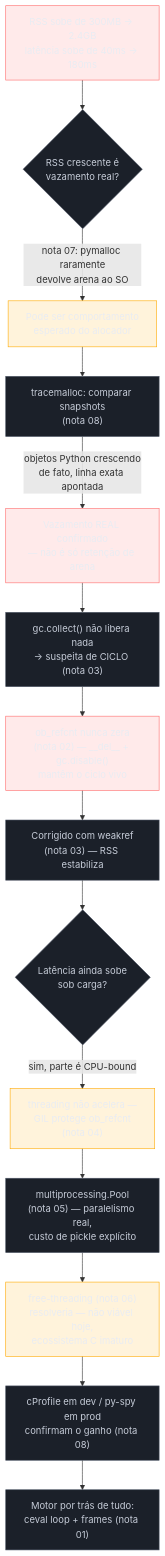
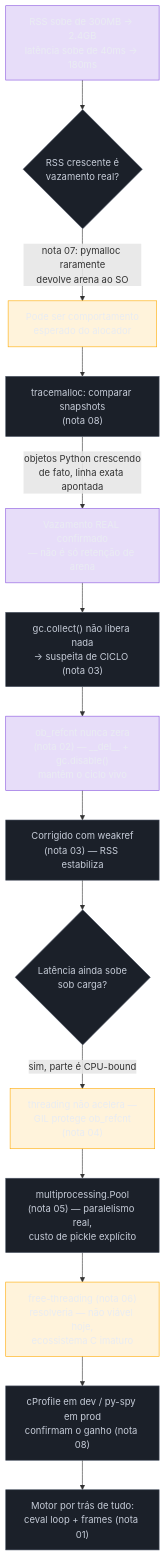
The first of 3 diagrams in 03-Dominios/Tecnologia/Python/CPython internals/09 - Capstone — CPython internals.md (josenaldo/codex-technomanticus), drawn with Mermaid before and after one commit. The commit also changed 601 other files, not shown here.

````diff
--- a/03-Dominios/Tecnologia/Python/CPython internals/09 - Capstone — CPython internals.md
+++ b/03-Dominios/Tecnologia/Python/CPython internals/09 - Capstone — CPython internals.md
@@ -39,34 +39,34 @@
 ```mermaid
 flowchart TD
-    classDef falha fill:#FF6B6B24,stroke:#FF6B6B,color:#E9ECF2
+    classDef marca fill:#8855DF33,stroke:#8855DF,color:#E9ECF2
     classDef neutro fill:#1B2029,stroke:#4E5666,color:#C6CCD8
     classDef destaque fill:#FFAA0024,stroke:#FFAA00,color:#E9ECF2
     A["RSS sobe de 300MB → 2.4GB\nlatência sobe de 40ms → 180ms"] --> B{"RSS crescente é\nvazamento real?"}
     B -->|"nota 07: pymalloc raramente\ndevolve arena ao SO"| C["Pode ser comportamento\nesperado do alocador"]
     C --> D["tracemalloc: comparar snapshots\n(nota 08)"]
     D -->|"objetos Python crescendo\nde fato, linha exata apontada"| E["Vazamento REAL confirmado\n— não é só retenção de arena"]
     E --> F["gc.collect() não libera nada\n→ suspeita de CICLO (nota 03)"]
     F --> G["ob_refcnt nunca zera\n(nota 02) — __del__ + gc.disable()\nmantêm o ciclo vivo"]
     G --> H["Corrigido com weakref\n(nota 03) — RSS estabiliza"]
     H --> I{"Latência ainda sobe\nsob carga?"}
     I -->|"sim, parte é CPU-bound"| J["threading não acelera —\nGIL protege ob_refcnt\n(nota 04)"]
     J --> K["multiprocessing.Pool\n(nota 05) — paralelismo real,\ncusto de pickle explícito"]
     K --> L["free-threading (nota 06)\nresolveria — não viável hoje,\necossistema C imaturo"]
     L --> M["cProfile em dev / py-spy em prod\nconfirmam o ganho (nota 08)"]
     M --> N["Motor por trás de tudo:\nceval loop + frames (nota 01)"]
 
-    class A falha
+    class A marca
     class B neutro
     class C destaque
     class D neutro
-    class E falha
+    class E marca
     class F neutro
-    class G falha
+    class G marca
     class H neutro
     class I neutro
     class J destaque
     class K neutro
     class L destaque
     class M neutro
     class N neutro
 ```
````
